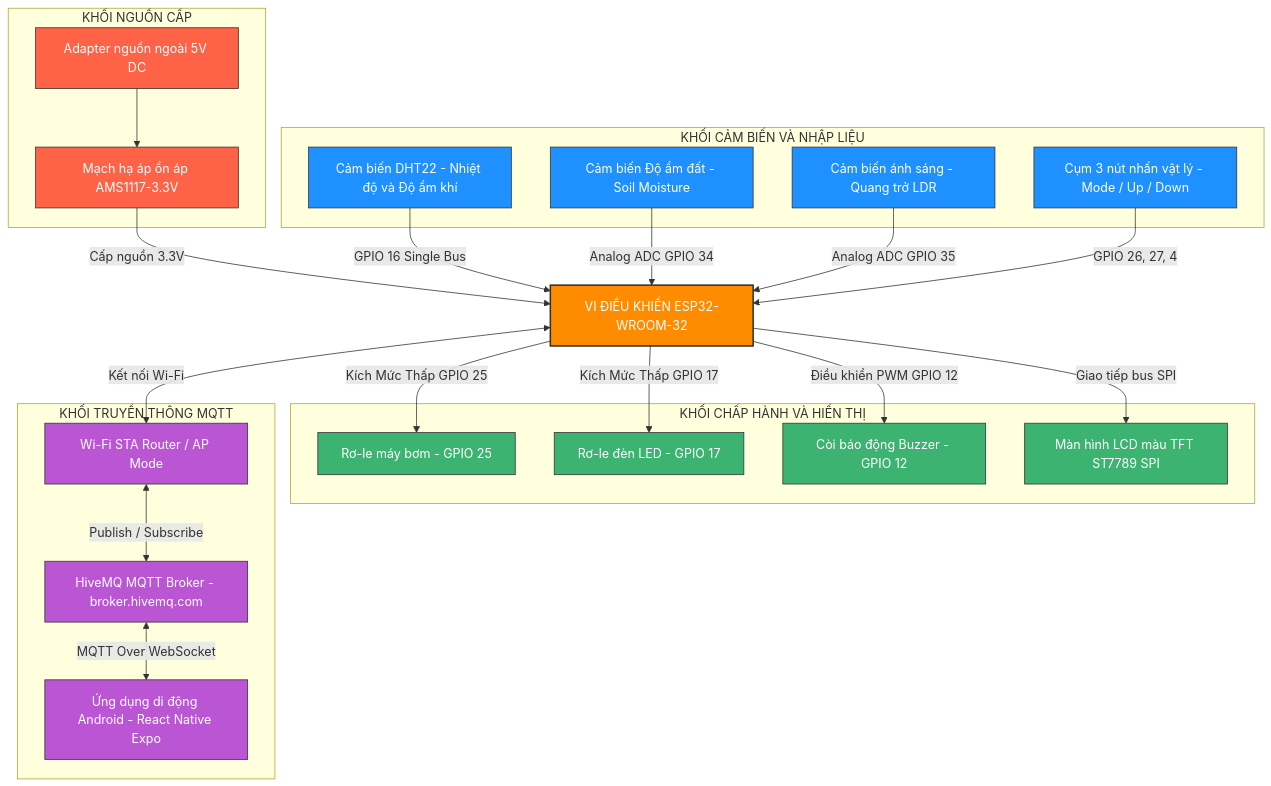
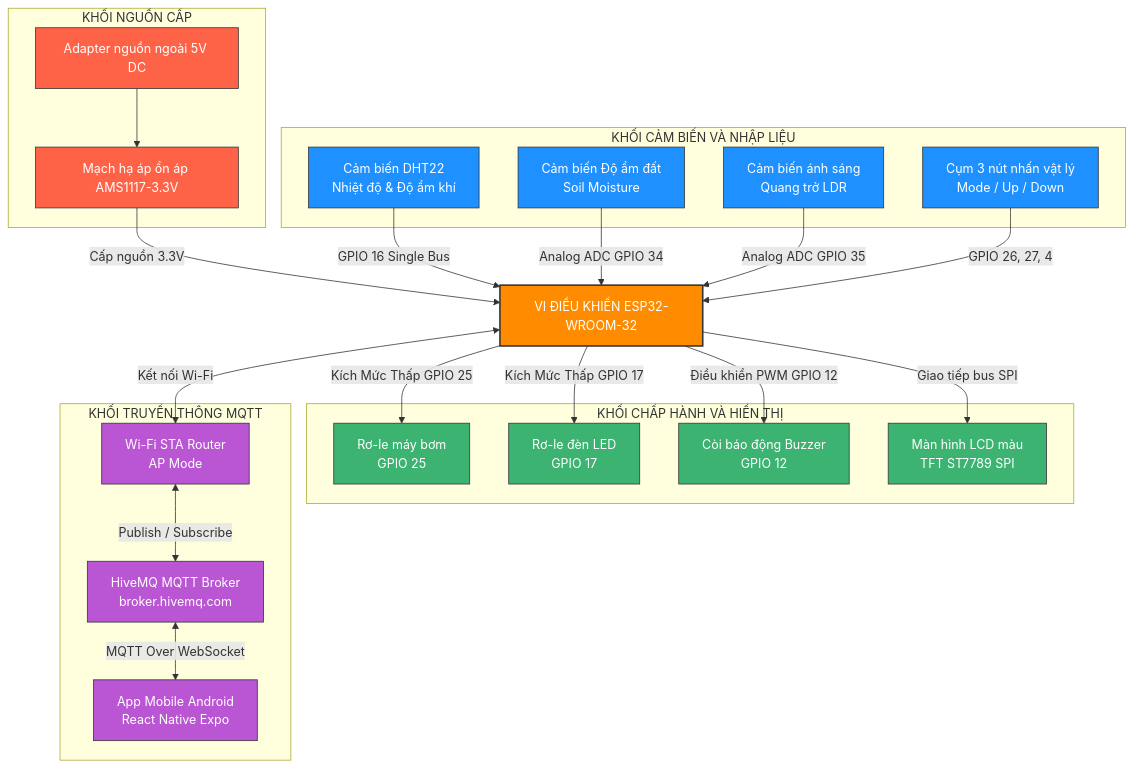
Before and after one commit to tranntnd27-lab/smart_iot_plant_app: the first of 2 diagrams in README.md, drawn with Mermaid. The commit also changed other lines of this file, not shown here.

Commit message:
Fix text truncation in Mermaid node labels

````diff
--- a/README.md
+++ b/README.md
@@ -54,52 +54,52 @@
 ```mermaid
 graph TD
     classDef esp fill:#FF8C00,stroke:#333,stroke-width:2px,color:#fff;
     classDef input fill:#1E90FF,stroke:#333,stroke-width:1px,color:#fff;
     classDef output fill:#3CB371,stroke:#333,stroke-width:1px,color:#fff;
     classDef power fill:#FF6347,stroke:#333,stroke-width:1px,color:#fff;
     classDef comm fill:#BA55D3,stroke:#333,stroke-width:1px,color:#fff;
 
     subgraph Power ["KHỐI NGUỒN CẤP"]
         Adapter["Adapter nguồn ngoài 5V DC"]:::power
         AMS["Mạch hạ áp ổn áp AMS1117-3.3V"]:::power
         Adapter --> AMS
     end
 
     MCU["VI ĐIỀU KHIỂN ESP32-WROOM-32"]:::esp
     AMS -->|"Cấp nguồn 3.3V"| MCU
 
     subgraph Inputs ["KHỐI CẢM BIẾN VÀ NHẬP LIỆU"]
-        DHT["Cảm biến DHT22 - Nhiệt độ và Độ ẩm khí"]:::input
-        Soil["Cảm biến Độ ẩm đất - Soil Moisture"]:::input
-        LDR["Cảm biến ánh sáng - Quang trở LDR"]:::input
-        Btns["Cụm 3 nút nhấn vật lý - Mode / Up / Down"]:::input
+        DHT["Cảm biến DHT22<br/>Nhiệt độ & Độ ẩm khí"]:::input
+        Soil["Cảm biến Độ ẩm đất<br/>Soil Moisture"]:::input
+        LDR["Cảm biến ánh sáng<br/>Quang trở LDR"]:::input
+        Btns["Cụm 3 nút nhấn vật lý<br/>Mode / Up / Down"]:::input
     end
 
     subgraph Outputs ["KHỐI CHẤP HÀNH VÀ HIỂN THỊ"]
-        Pump["Rơ-le máy bơm - GPIO 25"]:::output
-        LED["Rơ-le đèn LED - GPIO 17"]:::output
-        Buzzer["Còi báo động Buzzer - GPIO 12"]:::output
-        LCD["Màn hình LCD màu TFT ST7789 SPI"]:::output
+        Pump["Rơ-le máy bơm<br/>GPIO 25"]:::output
+        LED["Rơ-le đèn LED<br/>GPIO 17"]:::output
+        Buzzer["Còi báo động Buzzer<br/>GPIO 12"]:::output
+        LCD["Màn hình LCD màu<br/>TFT ST7789 SPI"]:::output
     end
 
     subgraph Connectivity ["KHỐI TRUYỀN THÔNG MQTT"]
-        WiFi["Wi-Fi STA Router / AP Mode"]:::comm
-        Broker["HiveMQ MQTT Broker - broker.hivemq.com"]:::comm
-        App["Ứng dụng di động Android - React Native Expo"]:::comm
+        WiFi["Wi-Fi STA Router<br/>AP Mode"]:::comm
+        Broker["HiveMQ MQTT Broker<br/>broker.hivemq.com"]:::comm
+        App["App Mobile Android<br/>React Native Expo"]:::comm
 
         WiFi <-->|"Publish / Subscribe"| Broker
         Broker <-->|"MQTT Over WebSocket"| App
     end
 
     DHT -->|"GPIO 16 Single Bus"| MCU
     Soil -->|"Analog ADC GPIO 34"| MCU
     LDR -->|"Analog ADC GPIO 35"| MCU
     Btns -->|"GPIO 26, 27, 4"| MCU
 
     MCU -->|"Kích Mức Thấp GPIO 25"| Pump
     MCU -->|"Kích Mức Thấp GPIO 17"| LED
     MCU -->|"Điều khiển PWM GPIO 12"| Buzzer
     MCU -->|"Giao tiếp bus SPI"| LCD
 
     MCU <-->|"Kết nối Wi-Fi"| WiFi
 ```
````
